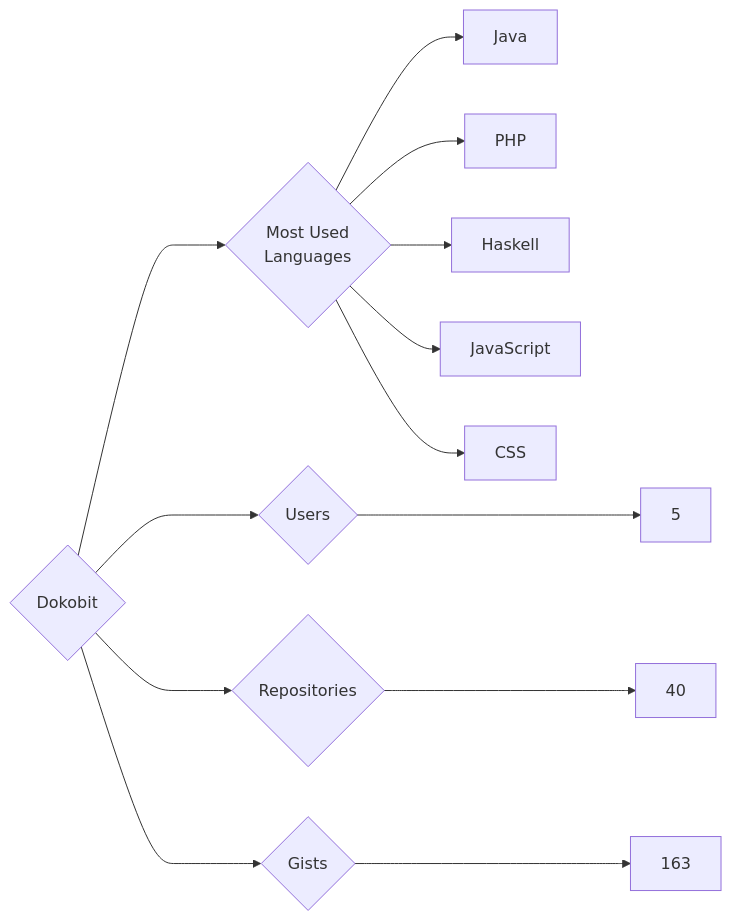
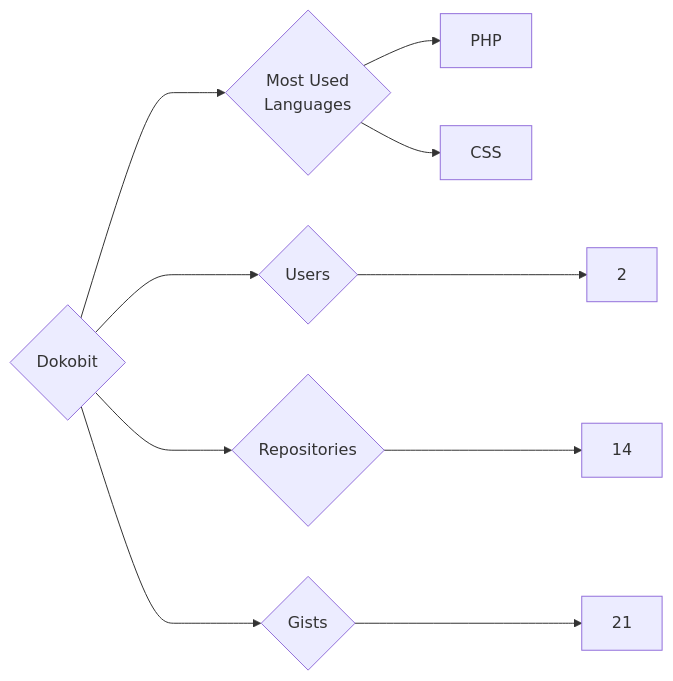
One commit to trickest/insiders changed the diagram in targets/Dokobit/README.md. Above: the diagram before and after it, drawn with Mermaid. The commit also changed 951 other files, not shown here.

````diff
--- a/targets/Dokobit/README.md
+++ b/targets/Dokobit/README.md
@@ -3,13 +3,10 @@
 ```mermaid
 graph LR
 COMPANY_NAME{Dokobit}
-COMPANY_NAME ---> U{Users} ---> UN[5]
-COMPANY_NAME ---> R{Repositories} ---> RN[40]
-COMPANY_NAME ---> G{Gists} ---> GN[163]
+COMPANY_NAME ---> U{Users} ---> UN[2]
+COMPANY_NAME ---> R{Repositories} ---> RN[14]
+COMPANY_NAME ---> G{Gists} ---> GN[21]
 COMPANY_NAME ---> ML{Most Used<br>Languages}
-ML --> Java
-ML --> PHP
-ML --> Haskell
-ML --> JavaScript
-ML --> CSS
+ML --> PHP[PHP]
+ML --> CSS[CSS]
 ```
````
